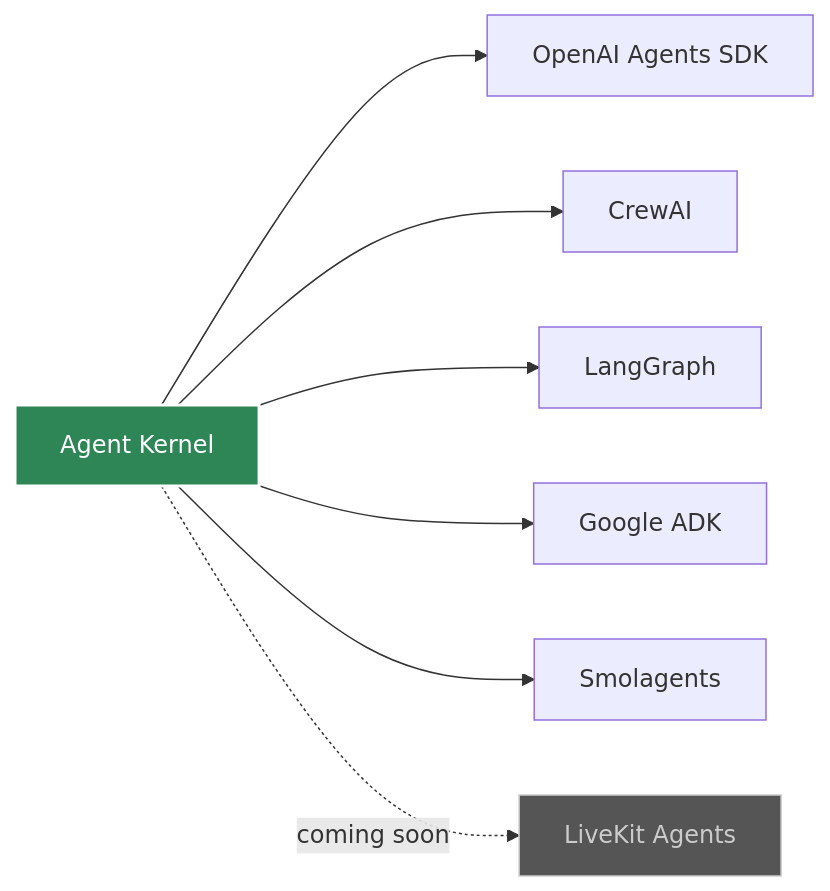
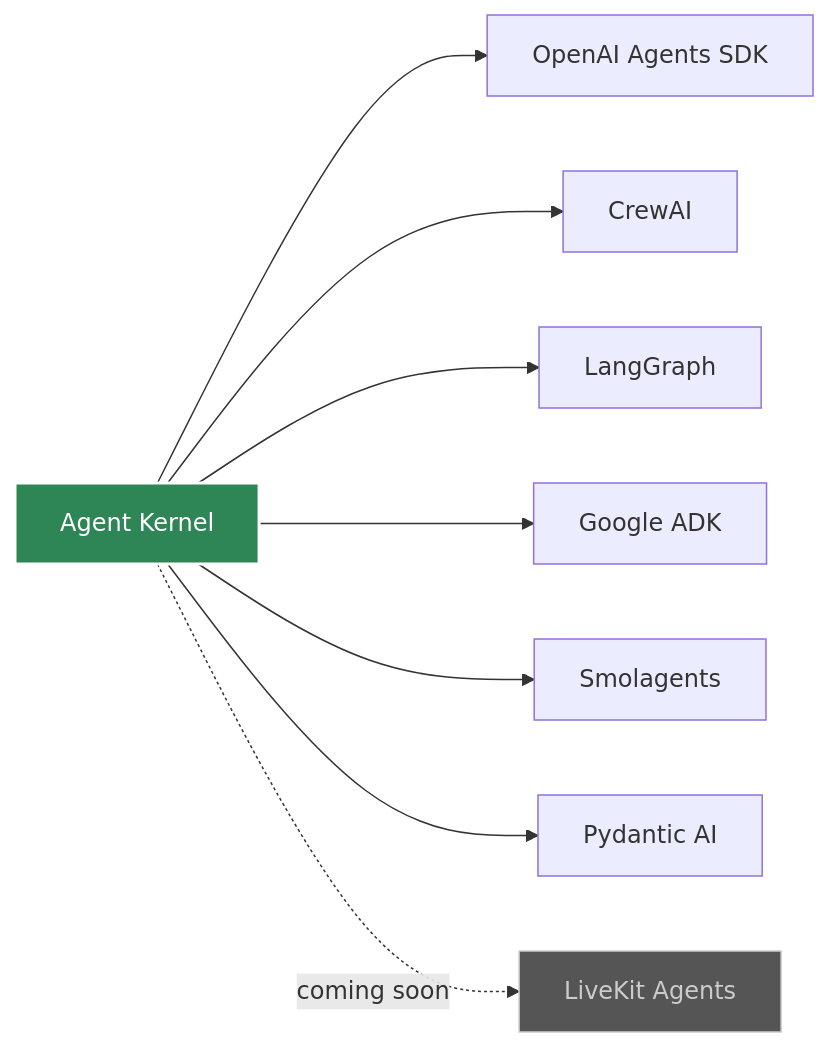
One commit to izzathnisfer/agent-kernel changed the diagram in docs/docs/frameworks/overview.md. Above: the diagram before and after it, drawn with Mermaid. The commit also changed other lines of this file and 49 other files, not shown here.

````diff
--- a/docs/docs/frameworks/overview.md
+++ b/docs/docs/frameworks/overview.md
@@ -11,12 +11,13 @@
 ```mermaid
 graph LR
     A[Agent Kernel] --> B[OpenAI Agents SDK]
     A --> C[CrewAI]
     A --> D[LangGraph]
     A --> E[Google ADK]
     A --> F[Smolagents]
+    A --> G[Pydantic AI]
     A -.->|coming soon| LK[LiveKit Agents]
     
     style A fill:#2e8555,stroke:#fff,stroke-width:2px,color:#fff
     style LK fill:#555,stroke:#ccc,stroke-width:1px,color:#ccc
 ```
````
